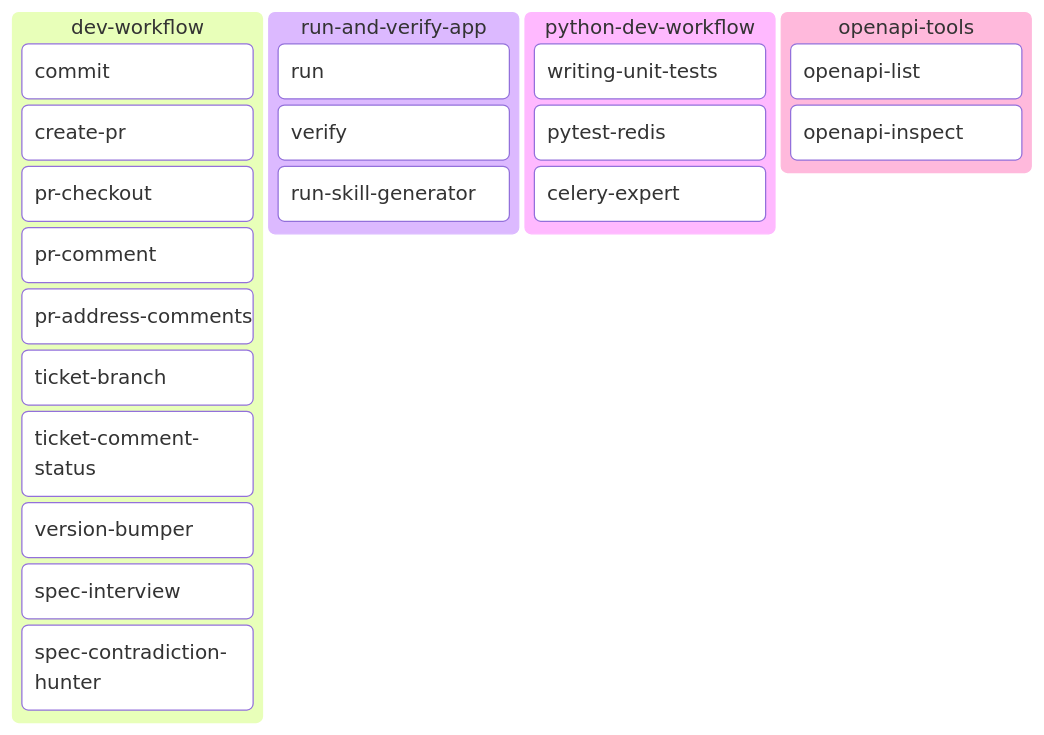
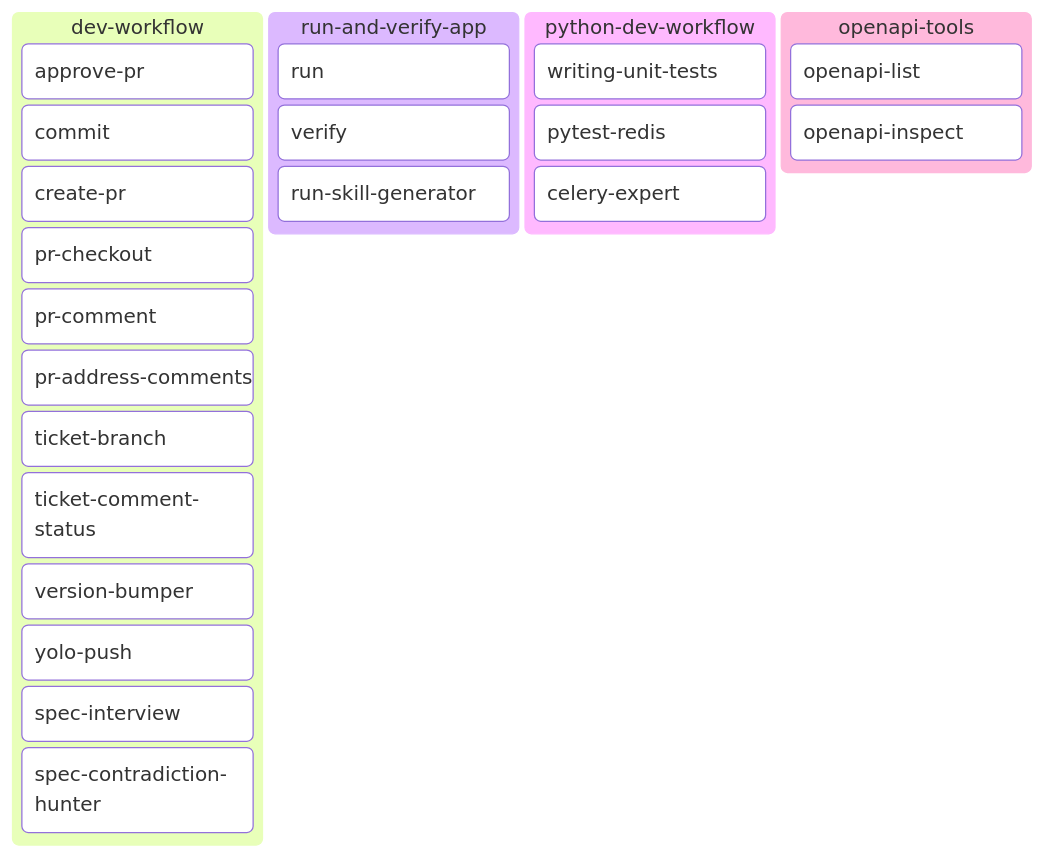
The third of 4 diagrams in README.md (Alex-Kopylov/zweihander), drawn with Mermaid before and after one commit. The commit also changed other lines of this file and 8 other files, not shown here.

Commit message:
feat(dev-workflow): add approve-pr and yolo-push skills

````diff
--- a/README.md
+++ b/README.md
@@ -56,25 +56,27 @@
 ```mermaid
 kanban
   dev_workflow[dev-workflow]
+    dw_approve_pr[approve-pr]
     dw_commit[commit]
     dw_create_pr[create-pr]
     dw_pr_checkout[pr-checkout]
     dw_pr_comment[pr-comment]
     dw_pr_address_comments[pr-address-comments]
     dw_ticket_branch[ticket-branch]
     dw_ticket_comment_status[ticket-comment-status]
     dw_version_bumper[version-bumper]
+    dw_yolo_push[yolo-push]
     dw_spec_interview[spec-interview]
     dw_spec_contradiction_hunter[spec-contradiction-hunter]
   run_and_verify_app[run-and-verify-app]
     rva_run[run]
     rva_verify[verify]
     rva_run_skill_generator[run-skill-generator]
   python_dev_workflow[python-dev-workflow]
     pdw_writing_unit_tests[writing-unit-tests]
     pdw_pytest_redis[pytest-redis]
     pdw_celery_expert[celery-expert]
   openapi_tools[openapi-tools]
     oat_openapi_list[openapi-list]
     oat_openapi_inspect[openapi-inspect]
 ```
````
